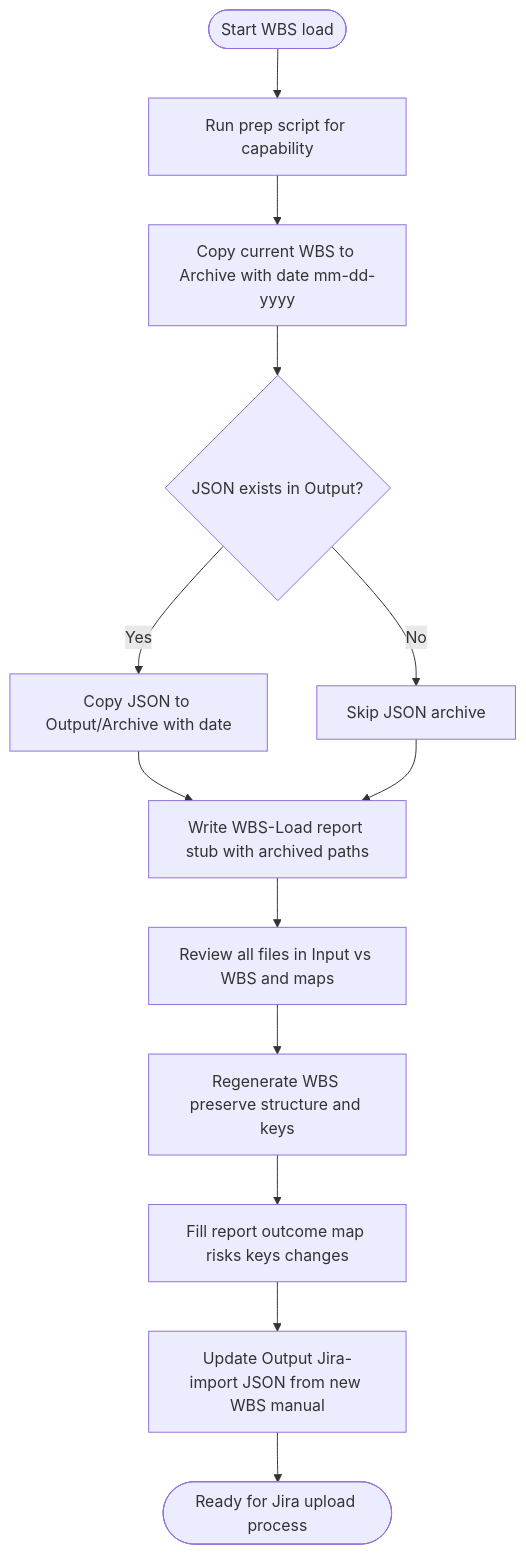
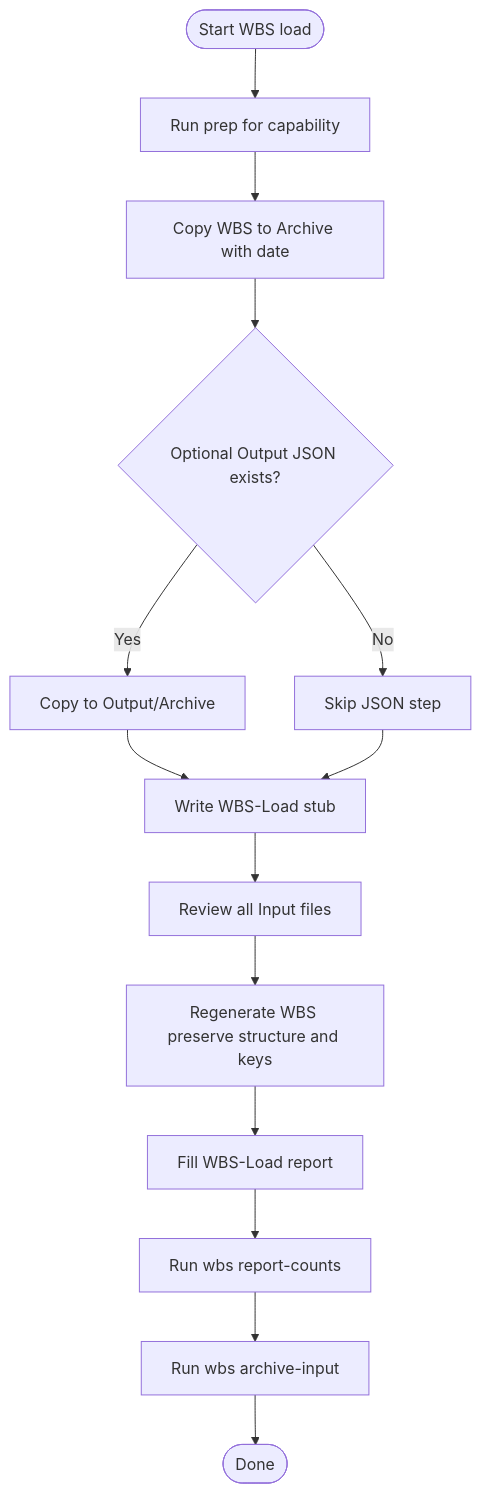
Before and after one commit to ndkramer/DMSi-Ops-Readiness-II-Plan: the second of 2 diagrams in Documentation/WBS-Update-Pattern.md, drawn with Mermaid. The commit also changed other lines of this file and 64 other files, not shown here.

First line of the commit message:
WBS/Jira workflow: Input-only default, Load-Snapshot, PA WBS load 04-23-2026

````diff
--- a/Documentation/WBS-Update-Pattern.md
+++ b/Documentation/WBS-Update-Pattern.md
@@ -45,28 +46,30 @@
 ```mermaid
 flowchart TD
   Start([Start WBS load])
-  RunPrep[Run prep script for capability]
-  CopyWBS[Copy current WBS to Archive with date mm-dd-yyyy]
-  CopyJSON{JSON exists in Output?}
-  CopyJsonFile[Copy JSON to Output/Archive with date]
-  SkipJson[Skip JSON archive]
-  WriteStub[Write WBS-Load report stub with archived paths]
-  ReviewInput[Review all files in Input vs WBS and maps]
+  RunPrep[Run prep for capability]
+  CopyWBS[Copy WBS to Archive with date]
+  CopyJSON{Optional Output JSON exists?}
+  CopyJsonFile[Copy to Output/Archive]
+  SkipJson[Skip JSON step]
+  WriteStub[Write WBS-Load stub]
+  ReviewInput[Review all Input files]
   RegenWBS[Regenerate WBS preserve structure and keys]
-  FillReport[Fill report outcome map risks keys changes]
-  RegenJSON[Update Output Jira-import JSON from new WBS manual]
-  End([Ready for Jira upload process])
+  FillReport[Fill WBS-Load report]
+  ReportCounts[Run wbs report-counts]
+  ArchiveIn[Run wbs archive-input]
+  End([Done])
 
   Start --> RunPrep
   RunPrep --> CopyWBS
   CopyWBS --> CopyJSON
   CopyJSON -->|Yes| CopyJsonFile
   CopyJSON -->|No| SkipJson
   CopyJsonFile --> WriteStub
   SkipJson --> WriteStub
   WriteStub --> ReviewInput
   ReviewInput --> RegenWBS
   RegenWBS --> FillReport
-  FillReport --> RegenJSON
-  RegenJSON --> End
+  FillReport --> ReportCounts
+  ReportCounts --> ArchiveIn
+  ArchiveIn --> End
 ```
````
